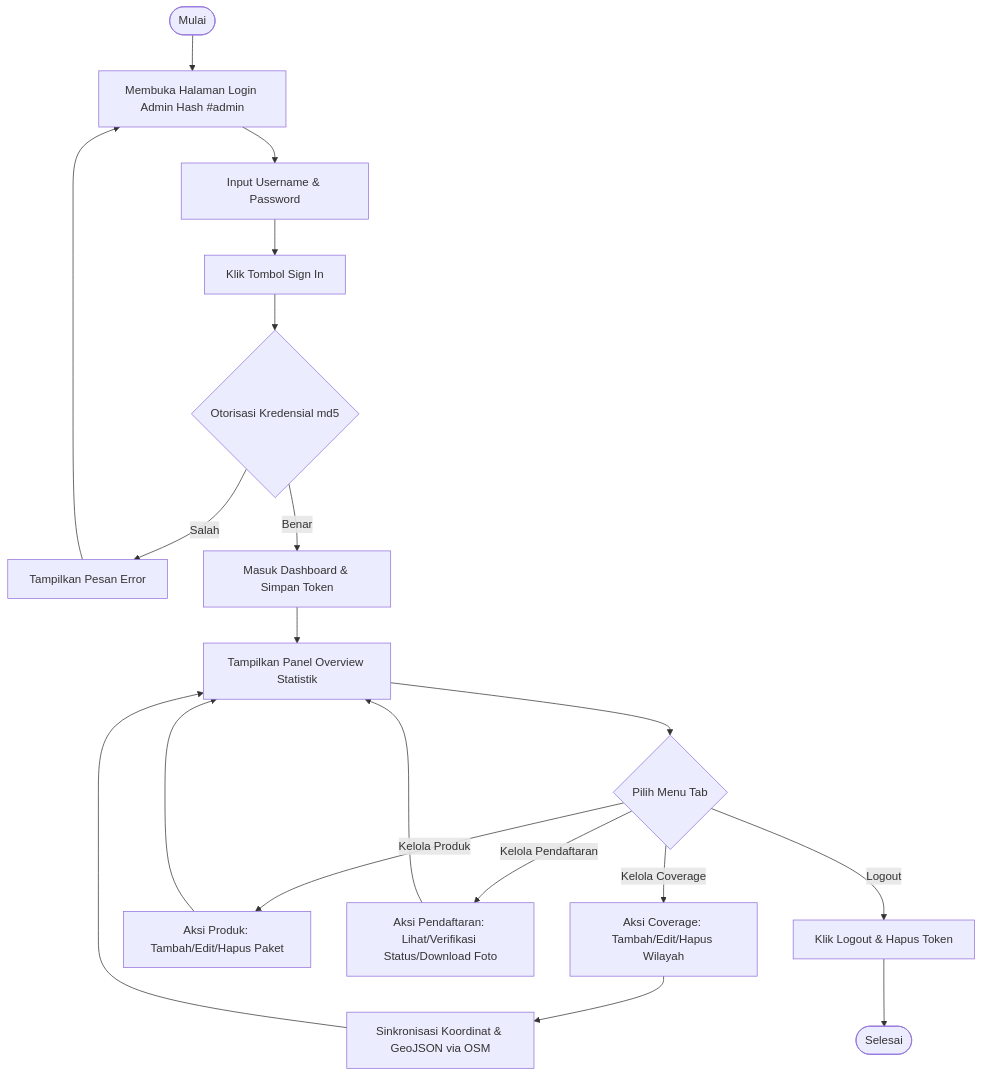
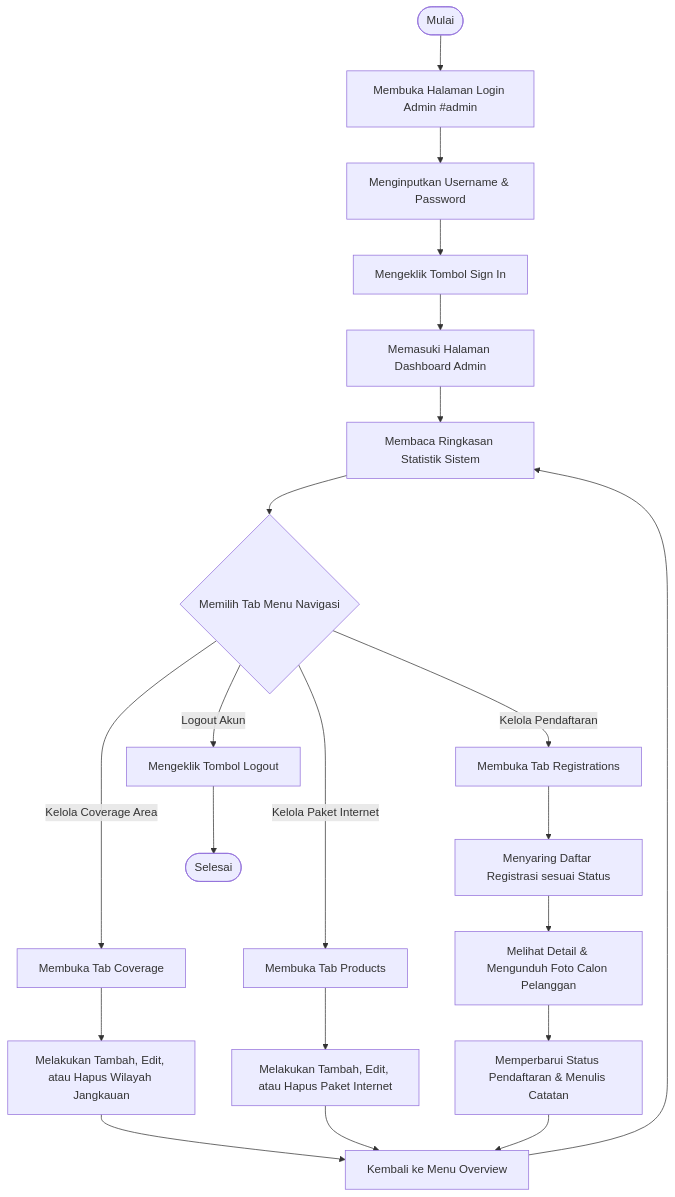
The third of 4 diagrams in skripsi.md (adistianherlambang/ISP-MyRepublic-Laravel-ReactJS), drawn with Mermaid before and after one commit. The commit also changed other lines of this file and 7 other files, not shown here.

````diff
--- a/skripsi.md
+++ b/skripsi.md
@@ -75,28 +72,32 @@
 ```mermaid
 flowchart TD
-  Start([Mulai]) --> BukaLogin[Membuka Halaman Login Admin Hash #admin]
-  BukaLogin --> InputKredensial[Input Username & Password]
-  InputKredensial --> KlikLogin[Klik Tombol Sign In]
-  KlikLogin --> CekKredensial{Otorisasi Kredensial md5}
+  Start([Mulai]) --> BukaLogin[Membuka Halaman Login Admin #admin]
+  BukaLogin --> InputKredensial[Menginputkan Username & Password]
+  InputKredensial --> KlikSignIn[Mengeklik Tombol Sign In]
+  KlikSignIn --> MasukDashboard[Memasuki Halaman Dashboard Admin]
+  MasukDashboard --> LihatOverview[Membaca Ringkasan Statistik Sistem]
+  LihatOverview --> PilihTab{Memilih Tab Menu Navigasi}
   
-  CekKredensial -- Salah --> Salah[Tampilkan Pesan Error]
-  Salah --> BukaLogin
+  %% Tab Coverage Area
+  PilihTab -- Kelola Coverage Area --> BukaCoverage[Membuka Tab Coverage]
+  BukaCoverage --> AksiCoverage[Melakukan Tambah, Edit, atau Hapus Wilayah Jangkauan]
+  AksiCoverage --> KembaliOverview[Kembali ke Menu Overview]
   
-  CekKredensial -- Benar --> Dashboard[Masuk Dashboard & Simpan Token]
-  Dashboard --> Overview[Tampilkan Panel Overview Statistik]
+  %% Tab Produk
+  PilihTab -- Kelola Paket Internet --> BukaProduk[Membuka Tab Products]
+  BukaProduk --> AksiProduk[Melakukan Tambah, Edit, atau Hapus Paket Internet]
+  AksiProduk --> KembaliOverview
   
-  Overview --> Menu{Pilih Menu Tab}
+  %% Tab Pendaftaran
+  PilihTab -- Kelola Pendaftaran --> BukaPendaftaran[Membuka Tab Registrations]
+  BukaPendaftaran --> SaringData[Menyaring Daftar Registrasi sesuai Status]
+  SaringData --> PeriksaDetail[Melihat Detail & Mengunduh Foto Calon Pelanggan]
+  PeriksaDetail --> UpdateStatus[Memperbarui Status Pendaftaran & Menulis Catatan]
+  UpdateStatus --> KembaliOverview
   
-  Menu -- Kelola Coverage --> CRUDCoverage[Aksi Coverage: Tambah/Edit/Hapus Wilayah]
-  CRUDCoverage --> SyncOSM[Sinkronisasi Koordinat & GeoJSON via OSM]
-  SyncOSM --> Overview
+  KembaliOverview --> LihatOverview
   
-  Menu -- Kelola Produk --> CRUDProduk[Aksi Produk: Tambah/Edit/Hapus Paket]
-  CRUDProduk --> Overview
-  
-  Menu -- Kelola Pendaftaran --> CRUDPendaftaran[Aksi Pendaftaran: Lihat/Verifikasi Status/Download Foto]
-  CRUDPendaftaran --> Overview
-  
-  Menu -- Logout --> Logout[Klik Logout & Hapus Token]
-  Logout --> End([Selesai])
+  %% Logout
+  PilihTab -- Logout Akun --> KlikLogout[Mengeklik Tombol Logout]
+  KlikLogout --> SelesaiAdmin([Selesai])
 ```
````
